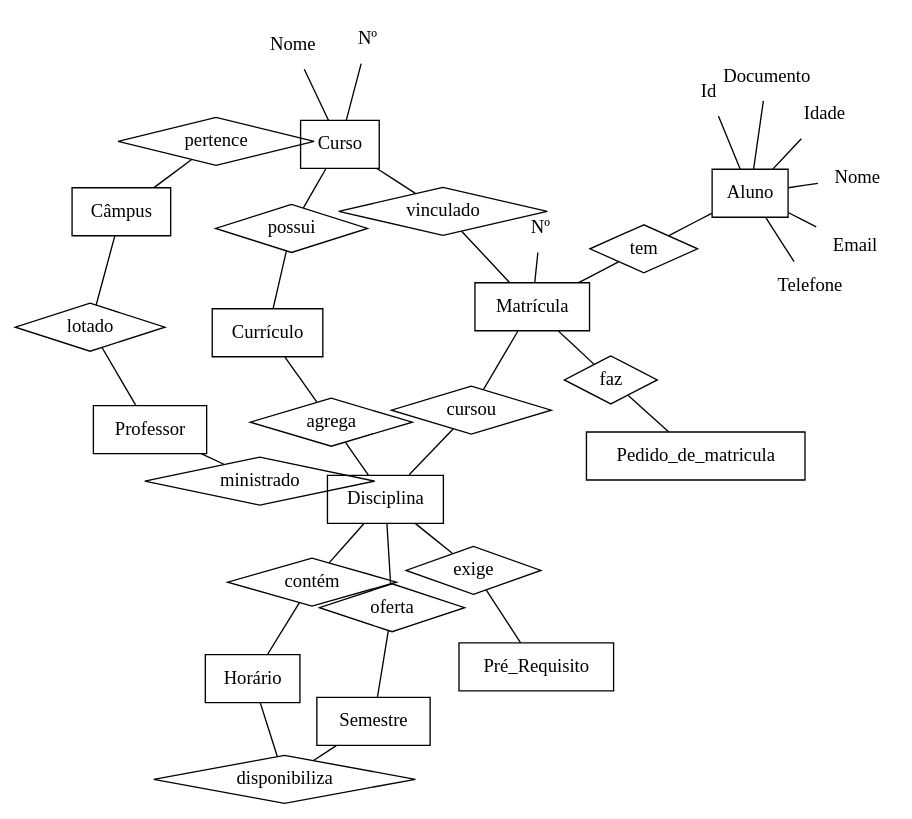
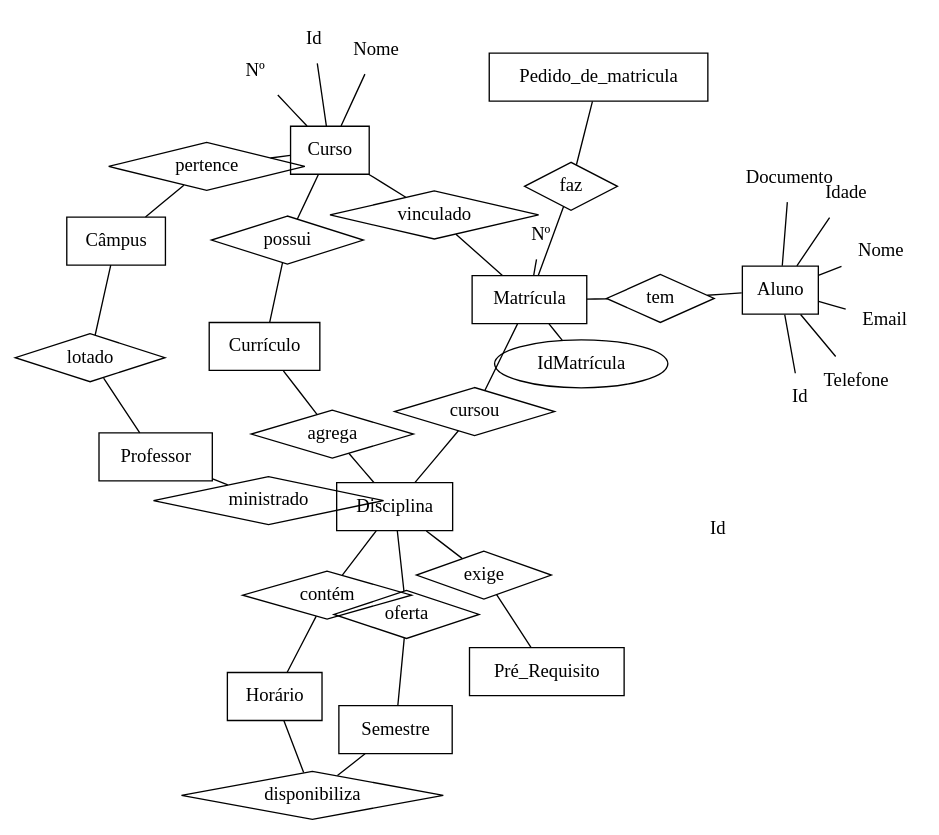
One commit to MariosAndre/IFSC-BCD-2016-2 changed the diagram in diagramaER.dot. Above: the diagram before and after it, drawn with Graphviz.

```diff
--- a/diagramaER.dot
+++ b/diagramaER.dot
@@ -1,127 +1,134 @@
 graph diagramaER {
   layout = neato
   layout = neato
  
   // Entidades
   Aluno [shape=record]
   Curso  [shape=record]
   Disciplina [shape=record]
   Horário [shape=record]
   Professor [shape=record]
   Matrícula [shape=record]
   Câmpus [shape=record]
   Currículo [shape=record]
   Semestre [shape=record]
   Pedido_de_matricula [shape=record]
   Pré_Requisito [shape=record]
  
-  // Atributos
+  // Atributos Aluno
   IdAluno [shape=plaintext,label="Id"]
   NomeAluno [shape=plaintext,label="Nome"]
   IdadeAluno [shape=plaintext,label="Idade"]
   DocumentoAluno [shape=plaintext,label="Documento"]
   TelefoneAluno [shape=plaintext,label="Telefone"]
   EmailAluno [shape=plaintext,label="Email"]
 
+  // Atributos Matricula
+  IdMAtricula [shape=plaintext,label="Id"]
   NumeroMatrícula [shape=plaintext,label="Nº"]
 
+  // Atributos Curso
+  IdCurso [shape=plaintext,label="Id"]
   NomeCurso [shape=plaintext,label="Nome"]
   NumeroCurso [shape=plaintext,label="Nº"]
 
   
   /*Aula [shape=plaintext]
   CH [shape=plaintext]
   CHmínima [shape=plaintext]
   CódigoCurso [shape=plaintext,label="Código"]
   CódigoDisciplina [shape=plaintext,label="Código"]
   CPF [shape=plaintext]
   Dia [shape=plaintext]
   Fase [shape=plaintext]
   Matrícula [shape=plaintext]
   NomeAluno [shape=plaintext,label="Nome"]
   NomeCurso [shape=plaintext,label="Nome"]
   NomeProfessor [shape=plaintext,label="Nome"]
   SemanaAB [shape=plaintext,label="Semana AB"]
   Semestre [shape=plaintext]
   SIAPE [shape=plaintext]
   Turno [shape=plaintext]*/
 
     // Verbos
     tem [shape=diamond]
     cursou [shape=diamond]
     faz [shape=diamond]
     vinculado [shape=diamond]
     pertence [shape=diamond]
     possui [shape=diamond]
     lotado [shape=diamond]
     agrega [shape=diamond]
     ministrado [shape=diamond]
     oferta [shape=diamond]
     contém [shape=diamond]
     exige [shape=diamond]
     disponibiliza [shape=diamond]
  
   //Relacionamentos
   /*Calendário [shape=diamond]
   Estuda [shape=diamond]
   Grade [shape=diamond]
   Leciona [shape=diamond]
   PréRequisito [shape=diamond]
   ProcessoDeMatrícula [shape=diamond]*/
 
   //Ligações
   Aluno -- IdAluno
   Aluno -- NomeAluno
   Aluno -- IdadeAluno
   Aluno -- DocumentoAluno
   Aluno -- TelefoneAluno
   Aluno -- EmailAluno
 
+  Matrícula -- IdMatrícula
   Matrícula -- NumeroMatrícula
 
+  Curso -- IdCurso
   Curso -- NomeCurso
   Curso -- NumeroCurso
+  
   /*Aluno -- CPF
   Aluno -- Estuda [label="0..N"]
   
   Aluno -- ProcessoDeMatrícula [label="0..N"]
   Curso -- CódigoCurso
   Curso -- Estuda [label="0..N"]
   Curso -- Grade [label="1"]
   Curso -- NomeCurso
   Disciplina -- Calendário [label="1"]
   Disciplina -- CH
   Disciplina -- CHmínima
   Disciplina -- CódigoDisciplina
   Disciplina -- Fase
   Disciplina -- Grade [label="0..N"]
   Disciplina -- Leciona [label="0..N"]
   Disciplina -- PréRequisito [label="0..N"]
   Disciplina -- PréRequisito [label="1"]
   Disciplina -- ProcessoDeMatrícula [label="0..N"]
   Estuda -- Matrícula
   Horário -- Aula
   Horário -- Calendário [label="0..N"]
   Horário -- Dia
   Horário -- SemanaAB
   Horário -- Semestre
   Horário -- Turno
   Professor -- Leciona [label="0..1"]
   Professor -- NomeProfessor
   Professor -- SIAPE*/
     
     // Ligações
     Aluno -- tem -- Matrícula
     Matrícula -- cursou -- Disciplina
     Matrícula -- faz -- Pedido_de_matricula
     Matrícula -- vinculado -- Curso
     Curso -- pertence -- Câmpus
     Curso -- possui -- Currículo
     Professor -- lotado -- Câmpus
     Disciplina -- ministrado -- Professor
     Currículo -- agrega -- Disciplina
     Semestre -- oferta -- Disciplina
     Semestre -- disponibiliza -- Horário
     Disciplina -- contém -- Horário
     Disciplina -- exige -- Pré_Requisito
 }
```
